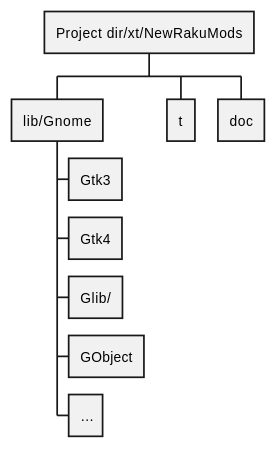
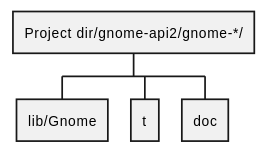
The third of 3 diagrams in doc/gir.md (MARTIMM/gnome-source-skim-tool), drawn with PlantUML before and after one commit.

````diff
--- a/doc/gir.md
+++ b/doc/gir.md
@@ -41,13 +41,8 @@
 ```plantuml
 @startwbs
-* Project dir/xt/NewRakuMods
+* Project dir/gnome-api2/gnome-*/
 ** lib/Gnome
-*** Gtk3
-*** Gtk4
-*** Glib/
-*** GObject
-*** …
 ** t
 ** doc
 @endwbs
 ```
````
